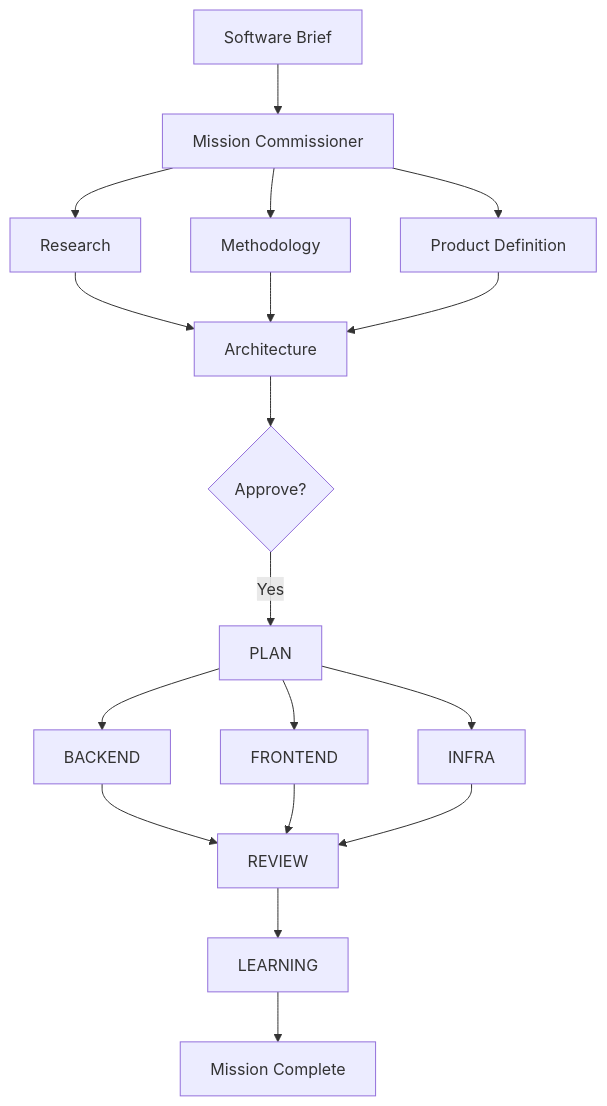
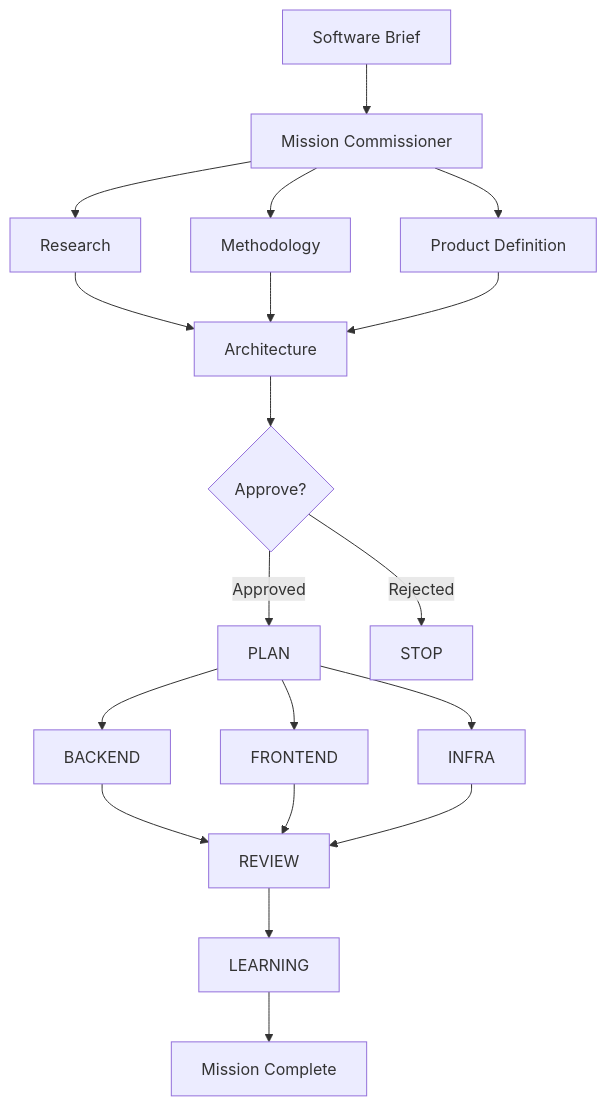
One commit to SlipStream90/Cressida changed the first of 11 diagrams in README.md. Above: the diagram before and after it, drawn with Mermaid. The commit also changed other lines of this file, not shown here.

````diff
--- a/README.md
+++ b/README.md
@@ -73,47 +166,49 @@
 ```mermaid
 flowchart TD
 
 A[Software Brief]
 
 A --> M
 
 M[Mission Commissioner]
 
 M --> R1[Research]
 
 M --> R2[Methodology]
 
-M --> P[Product Definition]
+M --> PRD[Product Definition]
 
 R1 --> Q
 
 R2 --> Q
 
-P --> Q
+PRD --> Q
 
 Q[Architecture]
 
 Q --> BOND
 
 BOND{Approve?}
 
-BOND -->|Yes| PLAN
+BOND -->|Approved| PLAN
+
+BOND -->|Rejected| STOP
 
 PLAN --> BACKEND
 
 PLAN --> FRONTEND
 
 PLAN --> INFRA
 
 BACKEND --> REVIEW
 
 FRONTEND --> REVIEW
 
 INFRA --> REVIEW
 
 REVIEW --> LEARNING
 
 LEARNING --> DONE
 
 DONE[Mission Complete]
 ```
````
